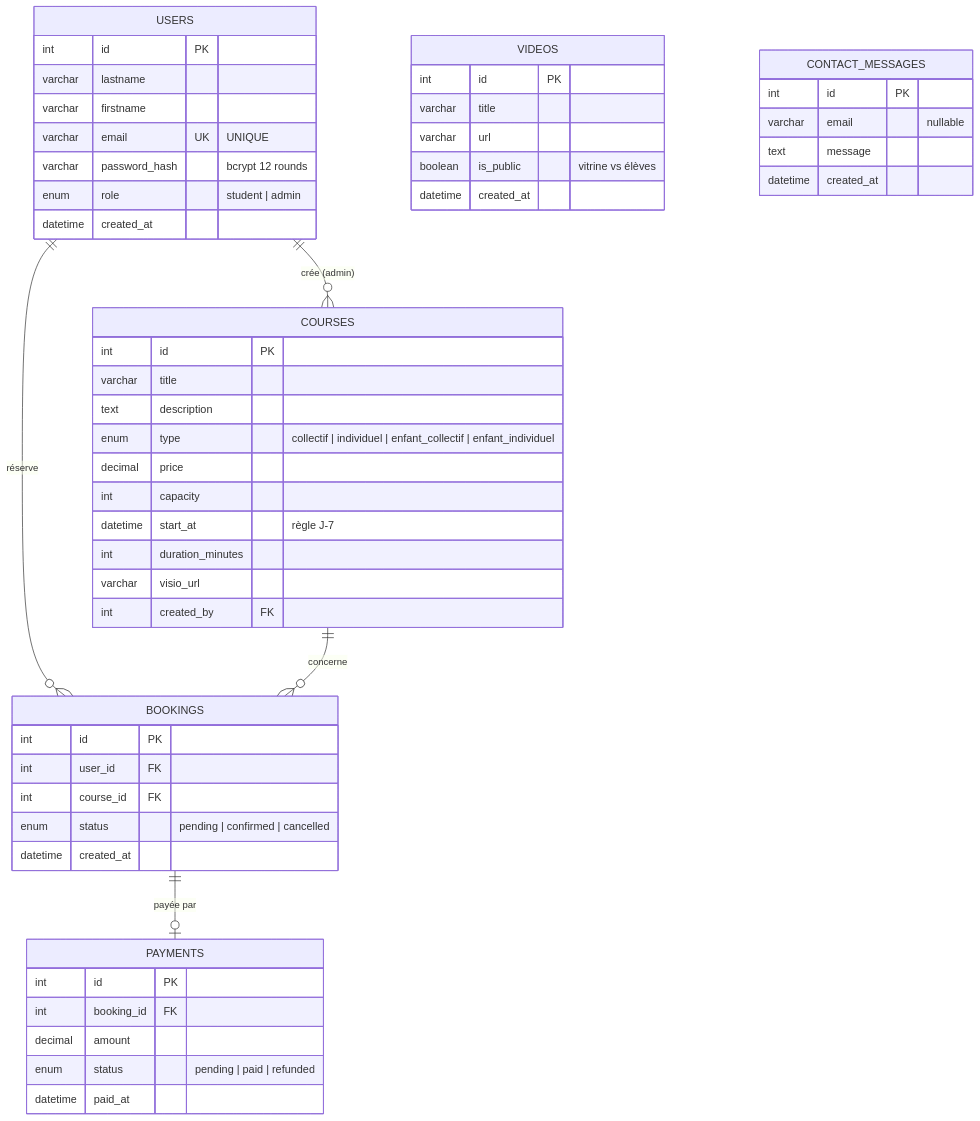
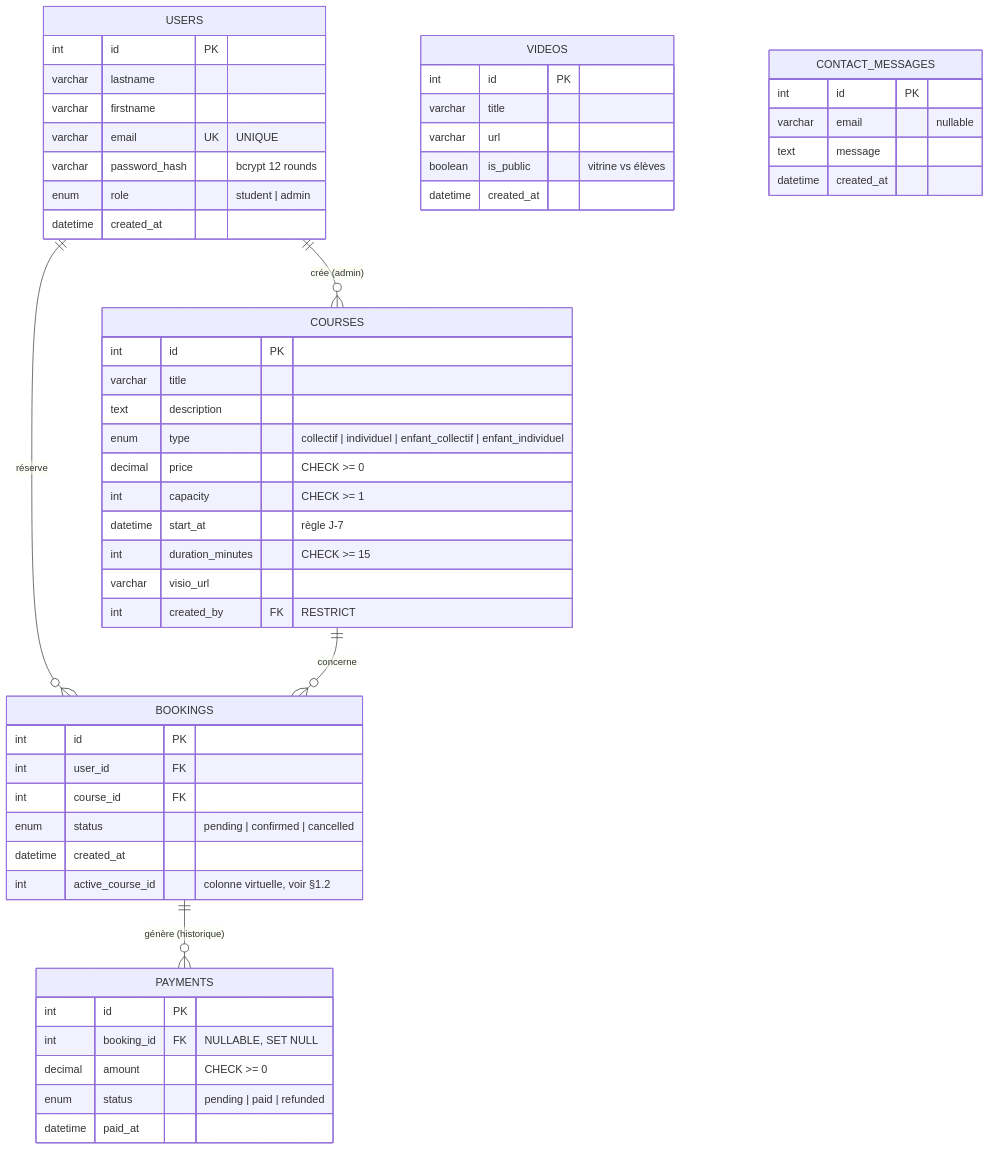
The first of 11 diagrams in SCHEMAS.md (daddacameliayasmine-oss/JasmineTeacher-backend), drawn with Mermaid before and after one commit. The commit also changed other lines of this file, not shown here.

First line of the commit message:
docs(schemas): corrige l ERD et detaille les cardinalites et corrections

````diff
--- a/SCHEMAS.md
+++ b/SCHEMAS.md
@@ -11,61 +13,62 @@
 ```mermaid
 erDiagram
     USERS ||--o{ COURSES : "crée (admin)"
     USERS ||--o{ BOOKINGS : "réserve"
     COURSES ||--o{ BOOKINGS : "concerne"
-    BOOKINGS ||--o| PAYMENTS : "payée par"
+    BOOKINGS ||--o{ PAYMENTS : "génère (historique)"
 
     USERS {
         int id PK
         varchar lastname
         varchar firstname
         varchar email UK "UNIQUE"
         varchar password_hash "bcrypt 12 rounds"
         enum role "student | admin"
         datetime created_at
     }
 
     COURSES {
         int id PK
         varchar title
         text description
         enum type "collectif | individuel | enfant_collectif | enfant_individuel"
-        decimal price
-        int capacity
+        decimal price "CHECK >= 0"
+        int capacity "CHECK >= 1"
         datetime start_at "règle J-7"
-        int duration_minutes
+        int duration_minutes "CHECK >= 15"
         varchar visio_url
-        int created_by FK
+        int created_by FK "RESTRICT"
     }
 
     BOOKINGS {
         int id PK
         int user_id FK
         int course_id FK
         enum status "pending | confirmed | cancelled"
         datetime created_at
+        int active_course_id "colonne virtuelle, voir §1.2"
     }
 
     PAYMENTS {
         int id PK
-        int booking_id FK
-        decimal amount
+        int booking_id FK "NULLABLE, SET NULL"
+        decimal amount "CHECK >= 0"
         enum status "pending | paid | refunded"
         datetime paid_at
     }
 
     VIDEOS {
         int id PK
         varchar title
         varchar url
         boolean is_public "vitrine vs élèves"
         datetime created_at
     }
 
     CONTACT_MESSAGES {
         int id PK
         varchar email "nullable"
         text message
         datetime created_at
     }
 ```
````
